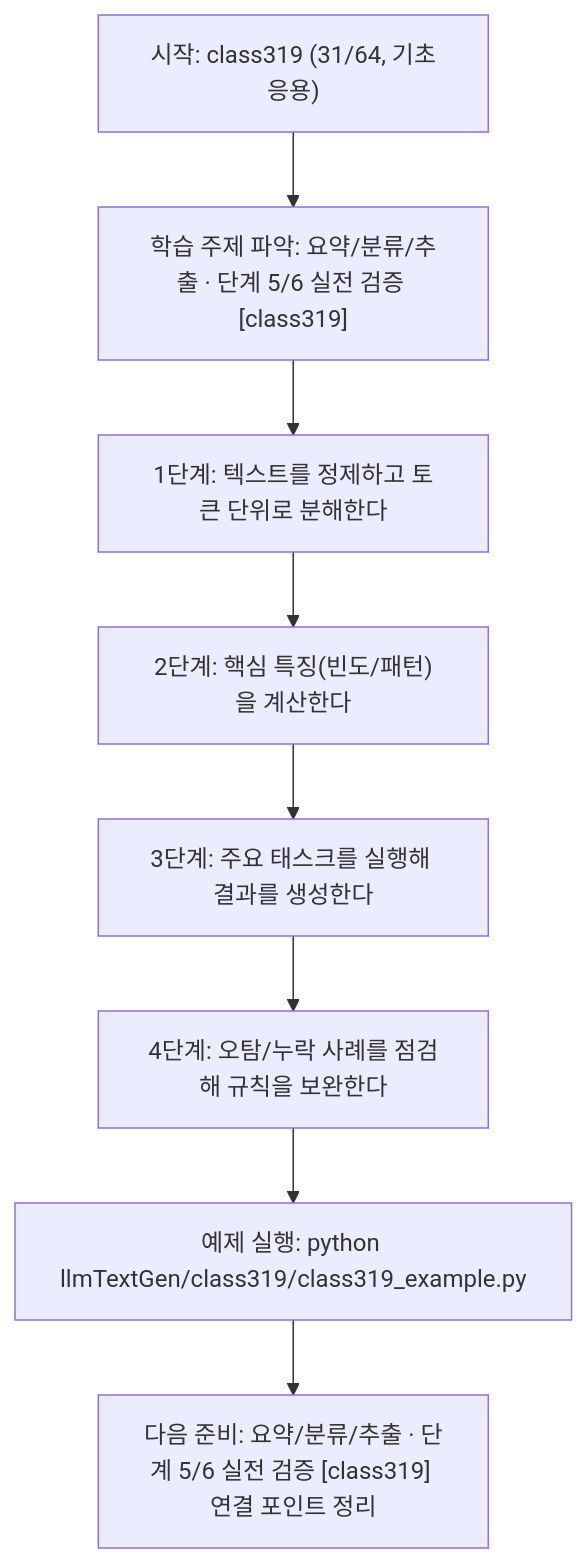
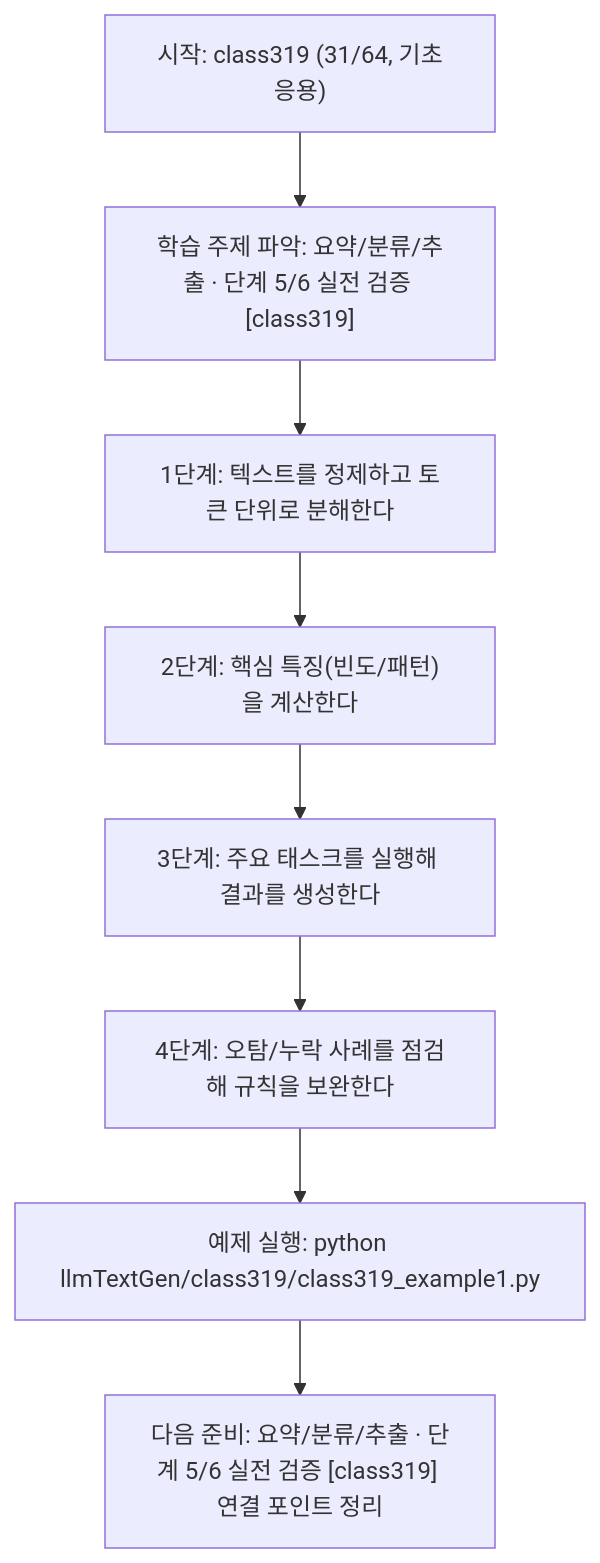
One commit to edumgt/Python-AI_Agent-Class changed the diagram in llmTextGen/class319/class319.md. Above: the diagram before and after it, drawn with Mermaid. The commit also changed other lines of this file and 2959 other files, not shown here.

````diff
--- a/llmTextGen/class319/class319.md
+++ b/llmTextGen/class319/class319.md
@@ -114,18 +114,18 @@
 ```mermaid
 flowchart TD
 N1["시작: class319 (31/64, 기초응용)"]
 N2["학습 주제 파악: 요약/분류/추출 · 단계 5/6 실전 검증 [class319]"]
 N3["1단계: 텍스트를 정제하고 토큰 단위로 분해한다"]
 N4["2단계: 핵심 특징(빈도/패턴)을 계산한다"]
 N5["3단계: 주요 태스크를 실행해 결과를 생성한다"]
 N6["4단계: 오탐/누락 사례를 점검해 규칙을 보완한다"]
-N7["예제 실행: python llmTextGen/class319/class319_example.py"]
+N7["예제 실행: python llmTextGen/class319/class319_example1.py"]
 N8["다음 준비: 요약/분류/추출 · 단계 5/6 실전 검증 [class319] 연결 포인트 정리"]
 N1 --> N2
 N2 --> N3
 N3 --> N4
 N4 --> N5
 N5 --> N6
 N6 --> N7
 N7 --> N8
 ```
````
